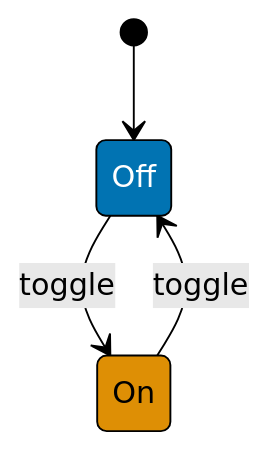
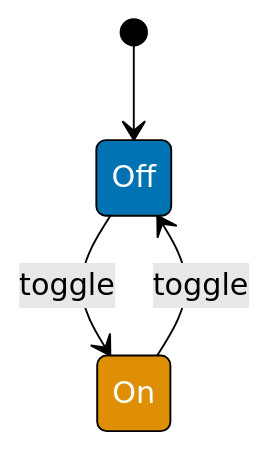
One commit to wahidyankf/open-sharia-enterprise changed the second of 7 diagrams in apps/ayokoding-web/content/en/learn/software-engineering/architecture/finite-state-machine-fsm/by-example/beginner.md. Above: the diagram before and after it, drawn with Mermaid (forest theme). The commit also changed other lines of this file and 61 other files, not shown here.

First line of the commit message:
fix(ayokoding-web): quote Mermaid node labels with special characters in Example 63

````diff
--- a/apps/ayokoding-web/content/en/learn/software-engineering/architecture/finite-state-machine-fsm/by-example/beginner.md
+++ b/apps/ayokoding-web/content/en/learn/software-engineering/architecture/finite-state-machine-fsm/by-example/beginner.md
@@ -54,12 +54,12 @@
 ```mermaid
 stateDiagram-v2
     [*] --> Off
     Off --> On: toggle
     On --> Off: toggle
 
     classDef offState fill:#0173B2,stroke:#000,color:#fff
-    classDef onState fill:#DE8F05,stroke:#000,color:#000
+    classDef onState fill:#DE8F05,stroke:#000,color:#fff
 
     class Off offState
     class On onState
 ```
````
